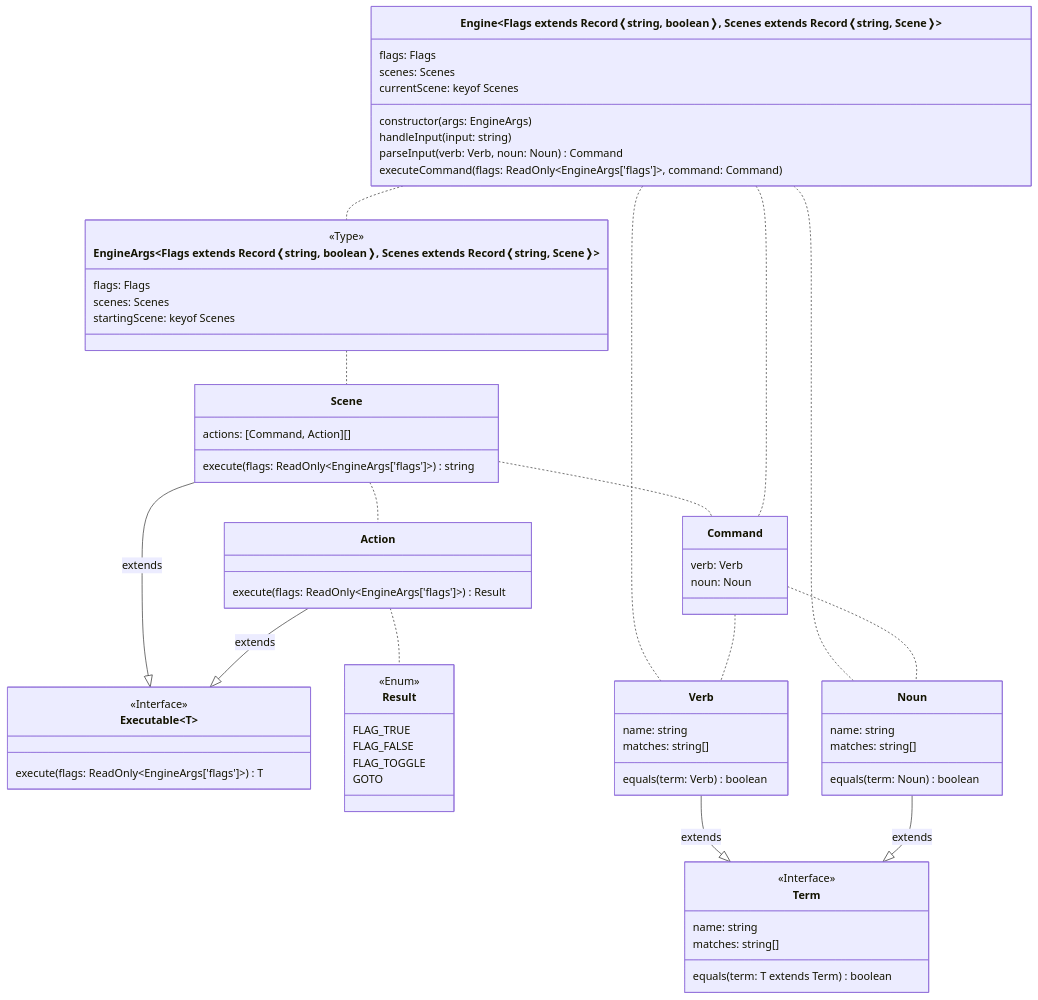
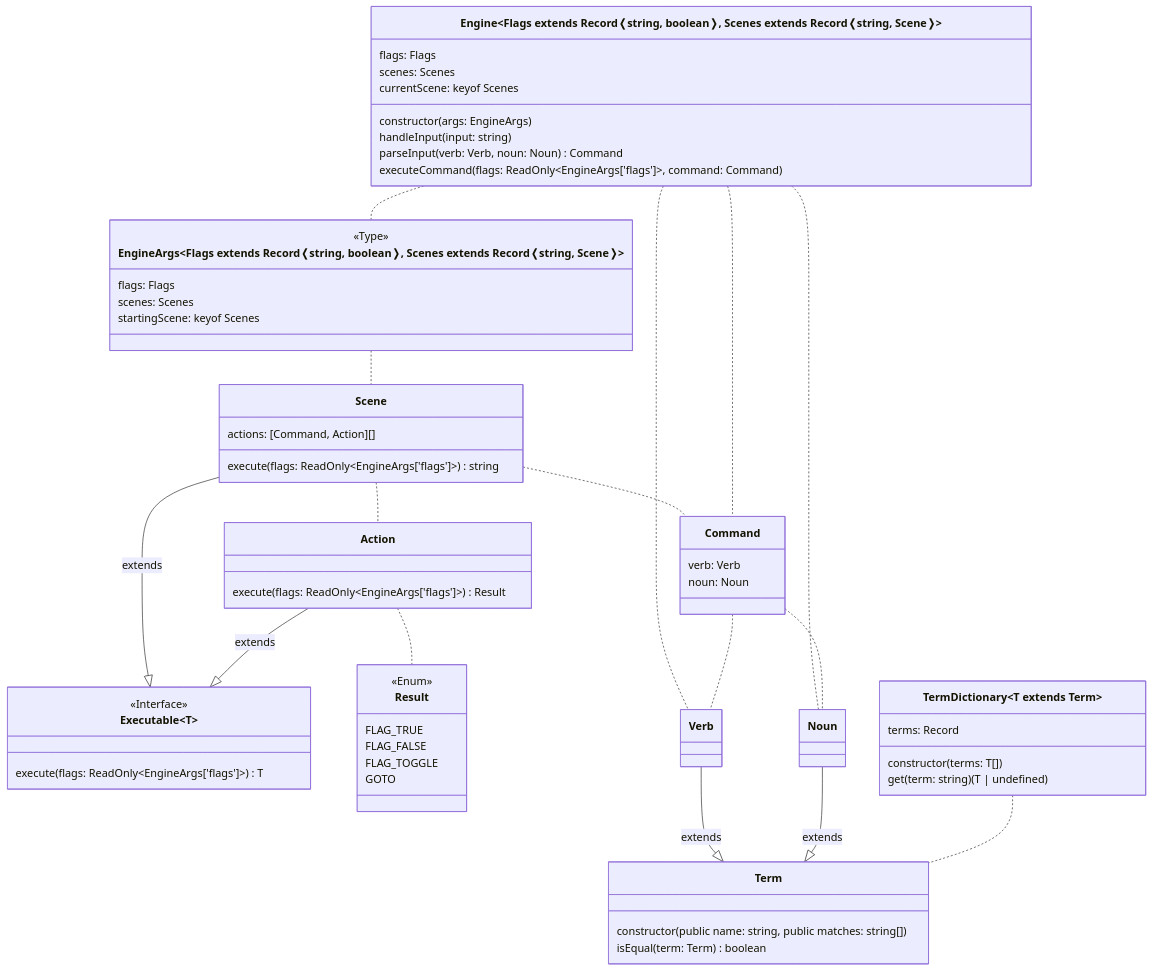
The diagram in README.md (flipactual/text-adventure-experiment), drawn with Mermaid before and after one commit.

````diff
--- a/README.md
+++ b/README.md
@@ -3,70 +3,64 @@
 ```mermaid
 classDiagram
 class EngineArgs~Flags extends Record❬string, boolean❭, Scenes extends Record❬string, Scene❭~ {
   <<Type>>
   flags: Flags
   scenes: Scenes
   startingScene: keyof Scenes
 }
 EngineArgs .. Scene
 class Executable~T~ {
   <<Interface>>
   execute(flags: ReadOnly~EngineArgs['flags']~) T
 }
 class Scene {
   actions: [Command, Action][]
   execute(flags: ReadOnly~EngineArgs['flags']~) string
 }
 Scene .. Command
 Scene .. Action
 Scene --|> Executable : extends
 class Action {
   execute(flags: ReadOnly~EngineArgs['flags']~) Result
 }
 Action .. Result
 Action --|> Executable : extends
 class Result {
   <<Enum>>
   FLAG_TRUE
   FLAG_FALSE
   FLAG_TOGGLE
   GOTO
 }
 class Engine~Flags extends Record❬string, boolean❭, Scenes extends Record❬string, Scene❭~ {
   flags: Flags
   scenes: Scenes
   currentScene: keyof Scenes
   constructor(args: EngineArgs)
   handleInput(input: string)
   parseInput(verb: Verb, noun: Noun) Command
   executeCommand(flags: ReadOnly~EngineArgs['flags']~, command: Command)
 }
 Engine .. EngineArgs
 Engine .. Verb
 Engine .. Noun
 Engine .. Command
 class Command {
   verb: Verb
   noun: Noun
 }
 Command .. Verb
 Command .. Noun
 class Term {
-  <<Interface>>
-  name: string
-  matches: string[]
-  equals(term: T extends Term) boolean
-}
-class Verb {
-  name: string
-  matches: string[]
-  equals(term: Verb) boolean
+  constructor(public name: string, public matches: string[])
+  isEqual(term: Term) boolean 
 }
 Verb --|> Term : extends
-class Noun {
-  name: string
-  matches: string[]
-  equals(term: Noun) boolean
+Noun --|> Term : extends
+class TermDictionary~T extends Term~ {
+  terms: Record<string, T>
+  constructor(terms: T[])
+  get(term: string) (T | undefined)
 }
-Noun --|> Term : extends
+TermDictionary .. Term
 ```
````
